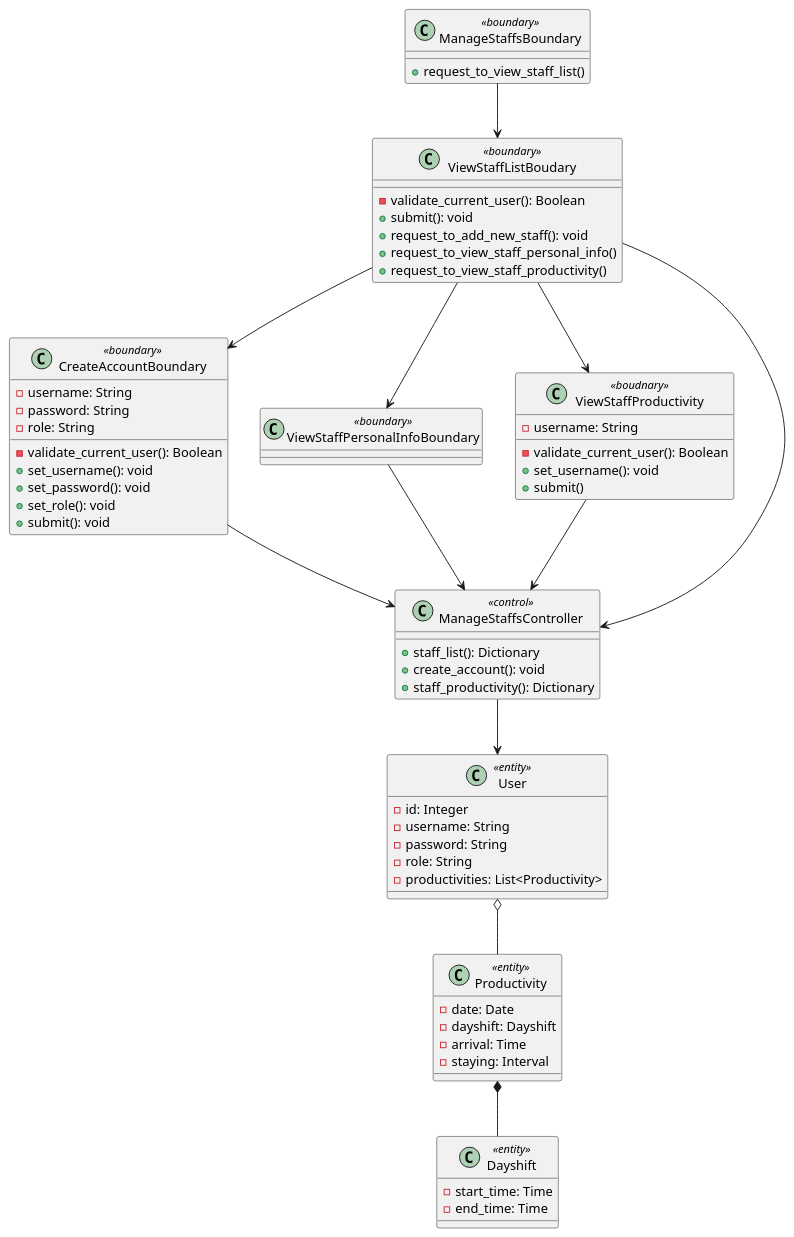
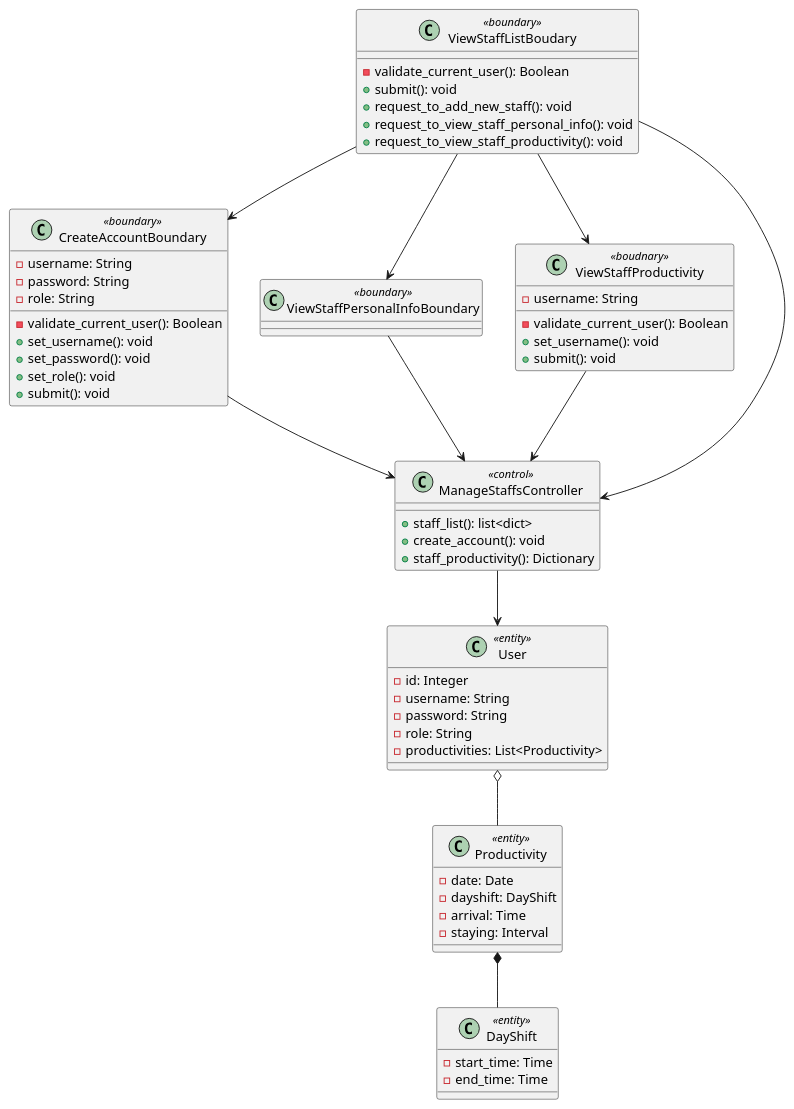
One commit to LapTQ/MCT changed the diagram in docs/UML/Class Diagrams/manage-staffs.pu. Above: the diagram before and after it, drawn with PlantUML. The commit also changed 71 other files, not shown here.

```diff
--- a/docs/UML/Class Diagrams/manage-staffs.pu
+++ b/docs/UML/Class Diagrams/manage-staffs.pu
@@ -1,79 +1,73 @@
 @startuml
-
-class ManageStaffsBoundary <<boundary>> {
-
-    + request_to_view_staff_list()
-}
 
 class ViewStaffListBoudary <<boundary>> {
 
     - validate_current_user(): Boolean
     + submit(): void
     + request_to_add_new_staff(): void
-    + request_to_view_staff_personal_info()
-    + request_to_view_staff_productivity()
+    + request_to_view_staff_personal_info(): void
+    + request_to_view_staff_productivity(): void
 }
 
 class CreateAccountBoundary <<boundary>> {
     - username: String
     - password: String
     - role: String
     
     - validate_current_user(): Boolean
     + set_username(): void
     + set_password(): void
     + set_role(): void
     + submit(): void
 
 }
 
 class ViewStaffPersonalInfoBoundary <<boundary>>
 
 class ViewStaffProductivity <<boudnary>> {
     - username: String
 
     - validate_current_user(): Boolean
     + set_username(): void
-    + submit()
+    + submit(): void
 }
 
 class ManageStaffsController <<control>> {
 
-    + staff_list(): Dictionary
+    + staff_list(): list<dict>
     + create_account(): void
     + staff_productivity(): Dictionary
 }
 
 class User <<entity>> {
     - id: Integer
     - username: String
     - password: String
     - role: String
     - productivities: List<Productivity>
 }
 
 class Productivity <<entity>> {
     - date: Date
-    - dayshift: Dayshift
+    - dayshift: DayShift
     - arrival: Time
     - staying: Interval
 }
 
-class Dayshift <<entity>> {
+class DayShift <<entity>> {
     - start_time: Time
     - end_time: Time
 }
 
-ManageStaffsBoundary --> ViewStaffListBoudary
 ViewStaffListBoudary --> CreateAccountBoundary
 ViewStaffListBoudary --> ViewStaffPersonalInfoBoundary
 ViewStaffListBoudary --> ViewStaffProductivity
 ViewStaffListBoudary --> ManageStaffsController
 CreateAccountBoundary --> ManageStaffsController
 ViewStaffPersonalInfoBoundary --> ManageStaffsController
 ViewStaffProductivity --> ManageStaffsController
 ManageStaffsController --> User
 User o-- Productivity
-Productivity *-- Dayshift
+Productivity *-- DayShift
 
 @enduml
```
